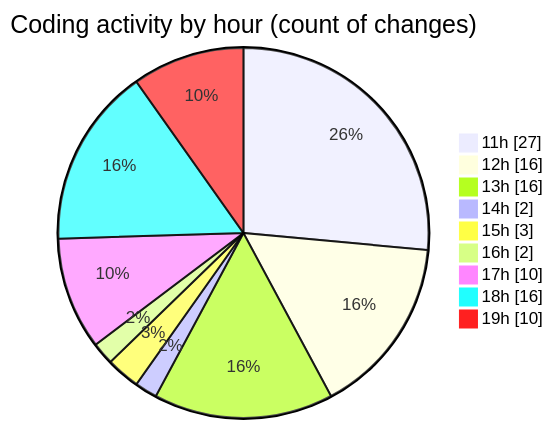
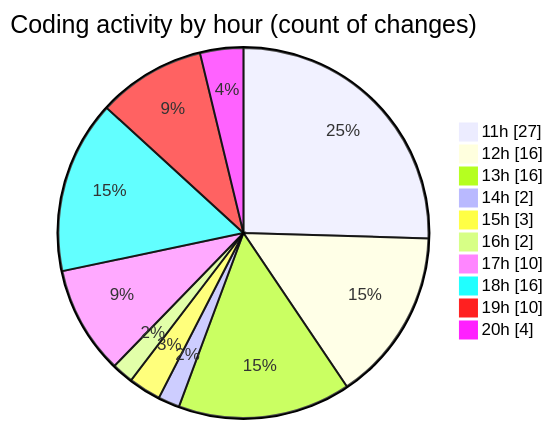
The second of 2 diagrams in 2025-04-18/myws__workspace_/README.md (MatusMokan/code-tracking), drawn with Mermaid before and after one commit. The commit also changed other lines of this file and 1 other file, not shown here.

````diff
--- a/2025-04-18/myws__workspace_/README.md
+++ b/2025-04-18/myws__workspace_/README.md
@@ -35,13 +35,14 @@
 ```mermaid
 pie showData
 title Coding activity by hour (count of changes)
 "11h" : 27
 "12h" : 16
 "13h" : 16
 "14h" : 2
 "15h" : 3
 "16h" : 2
 "17h" : 10
 "18h" : 16
 "19h" : 10
+"20h" : 4
 ```
````
